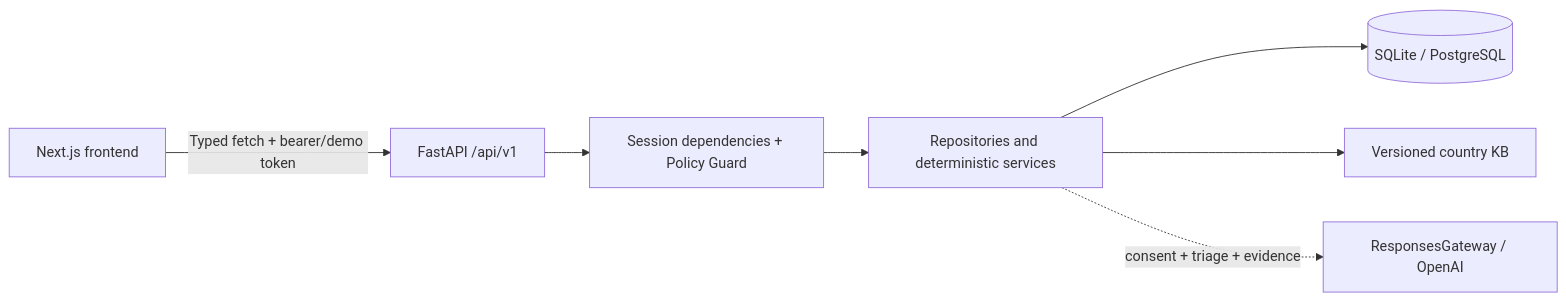
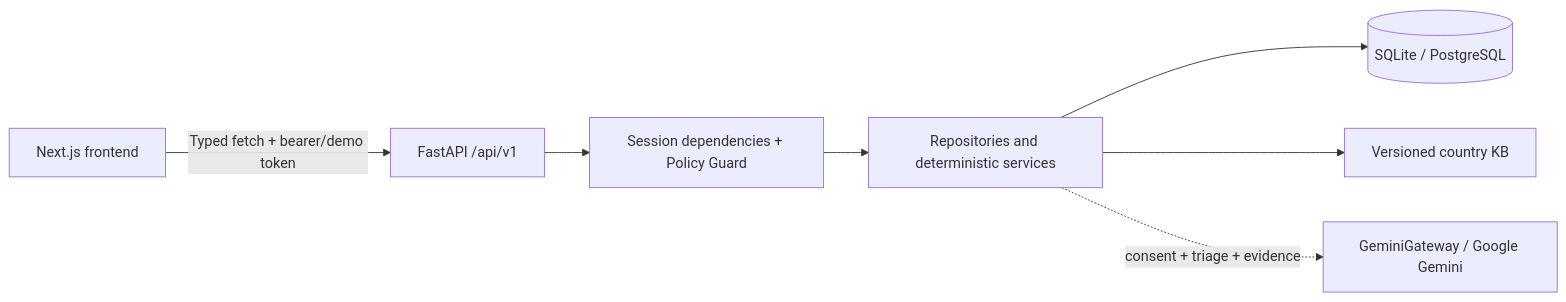
The diagram in README.md (insurra/insurra), drawn with Mermaid before and after one commit. The commit also changed other lines of this file and 8 other files, not shown here.

````diff
--- a/README.md
+++ b/README.md
@@ -46,9 +46,9 @@
 ```mermaid
 flowchart LR
   Web[Next.js frontend] -->|Typed fetch + bearer/demo token| API[FastAPI /api/v1]
   API --> Guard[Session dependencies + Policy Guard]
   Guard --> Services[Repositories and deterministic services]
   Services --> DB[(SQLite / PostgreSQL)]
   Services --> KB[Versioned country KB]
-  Services -. consent + triage + evidence .-> AI[ResponsesGateway / OpenAI]
+  Services -. consent + triage + evidence .-> AI[GeminiGateway / Google Gemini]
 ```
````
